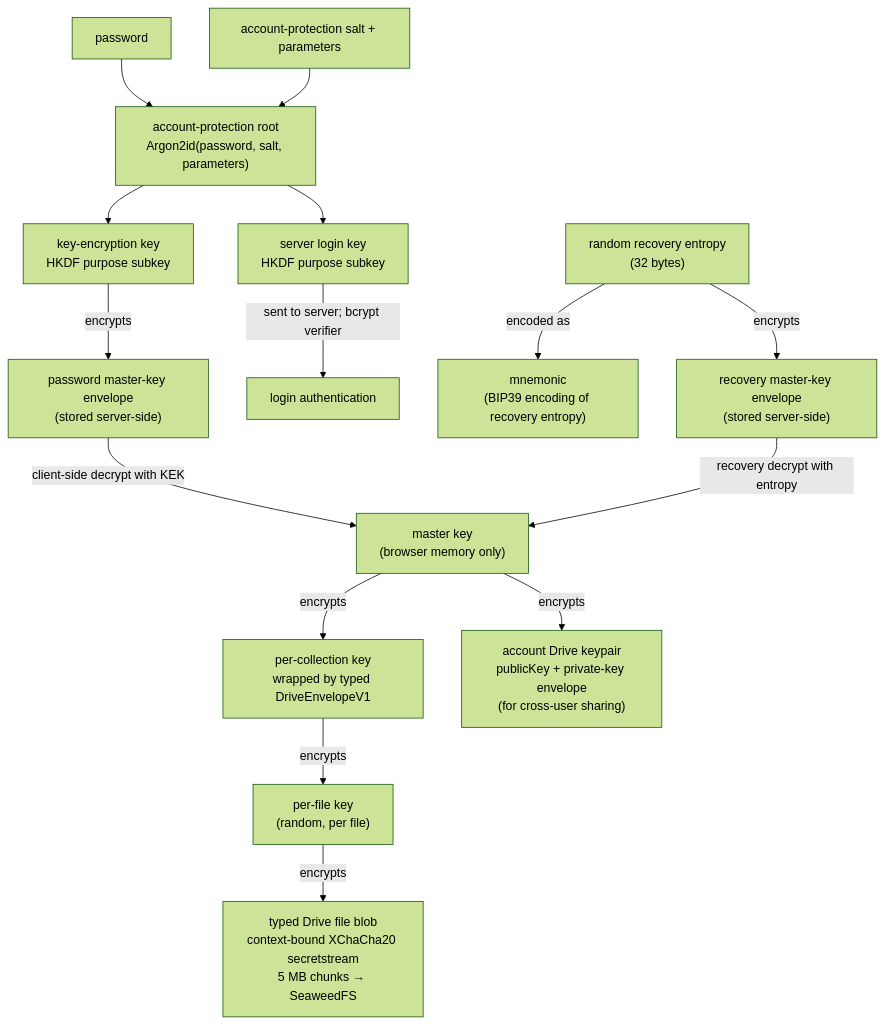
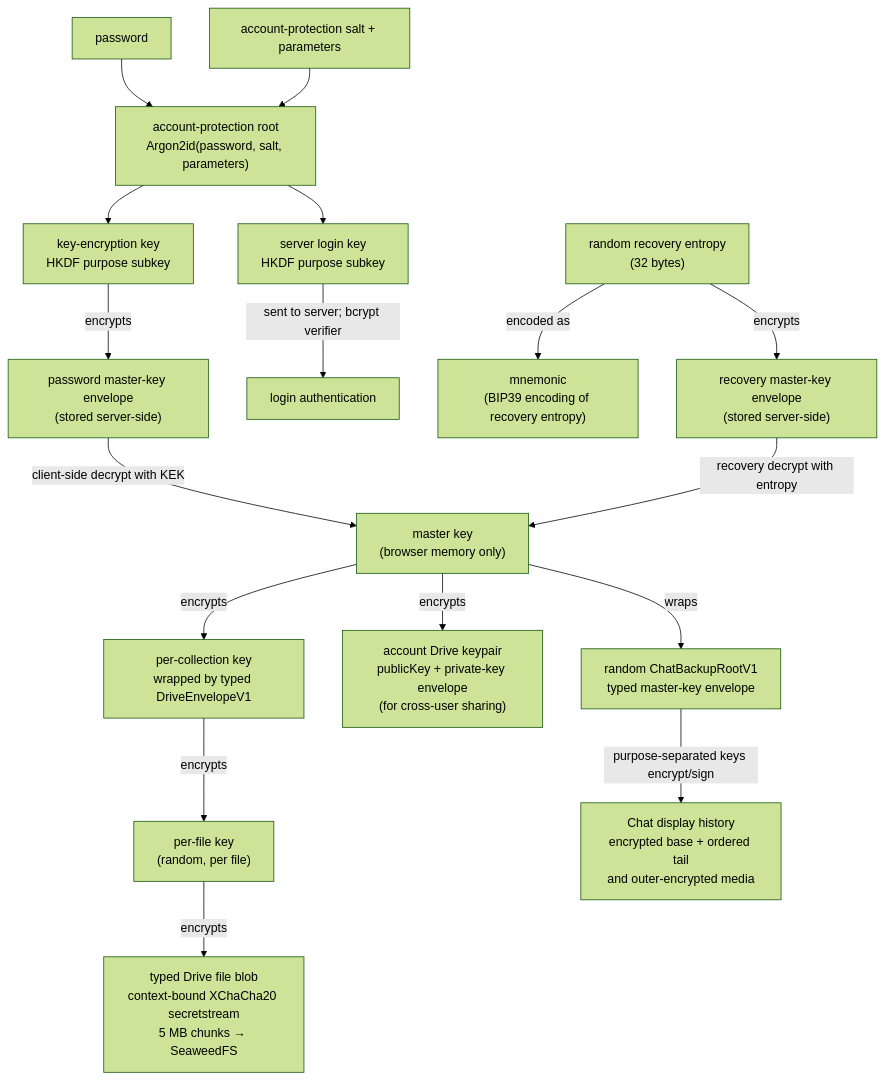
Before and after one commit to kutupbt/kutup: the first of 4 diagrams in docs/architecture.md, drawn with Mermaid (forest theme). The commit also changed other lines of this file and 22 other files, not shown here.

````diff
--- a/docs/architecture.md
+++ b/docs/architecture.md
@@ -22,32 +26,36 @@
 ```mermaid
 flowchart TD
     P["password"]
     APS["account-protection salt + parameters"]
     APR["account-protection root<br/>Argon2id(password, salt, parameters)"]
     KEK["key-encryption key<br/>HKDF purpose subkey"]
     LK["server login key<br/>HKDF purpose subkey"]
     RE["random recovery entropy<br/>(32 bytes)"]
     M["mnemonic<br/>(BIP39 encoding of recovery entropy)"]
     EMK["password master-key envelope<br/>(stored server-side)"]
     ERK["recovery master-key envelope<br/>(stored server-side)"]
     MK["master key<br/>(browser memory only)"]
     CK["per-collection key<br/>wrapped by typed DriveEnvelopeV1"]
     DRIVE["account Drive keypair<br/>publicKey + private-key envelope<br/>(for cross-user sharing)"]
+    CBR["random ChatBackupRootV1<br/>typed master-key envelope"]
+    CBO["Chat display history<br/>encrypted base + ordered tail<br/>and outer-encrypted media"]
     FK["per-file key<br/>(random, per file)"]
     BLOB["typed Drive file blob<br/>context-bound XChaCha20 secretstream<br/>5 MB chunks → SeaweedFS"]
 
     P --> APR
     APS --> APR
     APR --> KEK
     APR --> LK
     LK -->|sent to server; bcrypt verifier| AUTH["login authentication"]
     RE -->|encoded as| M
     KEK -->|encrypts| EMK
     RE -->|encrypts| ERK
     EMK -->|client-side decrypt with KEK| MK
     ERK -->|recovery decrypt with entropy| MK
     MK -->|encrypts| CK
     MK -->|encrypts| DRIVE
+    MK -->|wraps| CBR
+    CBR -->|purpose-separated keys encrypt/sign| CBO
     CK -->|encrypts| FK
     FK -->|encrypts| BLOB
 ```
````
